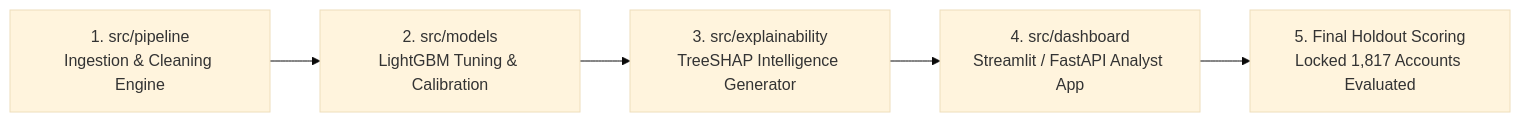
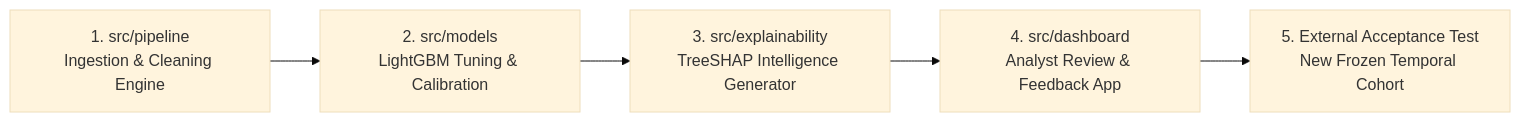
Before and after one commit to isthatrecursion/Mule-Account-Detection: the third of 3 diagrams in Mule_Account_Detection_Complete_EDA_Report.md, drawn with Mermaid (base theme). The commit also changed other lines of this file and 19 other files, not shown here.

Commit message:
feat: add architecture blueprints, pre-architecture verification audit, and aligned eda documentation

````diff
--- a/Mule_Account_Detection_Complete_EDA_Report.md
+++ b/Mule_Account_Detection_Complete_EDA_Report.md
@@ -573,7 +567,7 @@
 ```mermaid
 flowchart LR
     A["1. src/pipeline<br>Ingestion & Cleaning Engine"] --> B["2. src/models<br>LightGBM Tuning & Calibration"]
     B --> C["3. src/explainability<br>TreeSHAP Intelligence Generator"]
-    C --> D["4. src/dashboard<br>Streamlit / FastAPI Analyst App"]
-    D --> E["5. Final Holdout Scoring<br>Locked 1,817 Accounts Evaluated"]
+    C --> D["4. src/dashboard<br>Analyst Review & Feedback App"]
+    D --> E["5. External Acceptance Test<br>New Frozen Temporal Cohort"]
 ```
````
